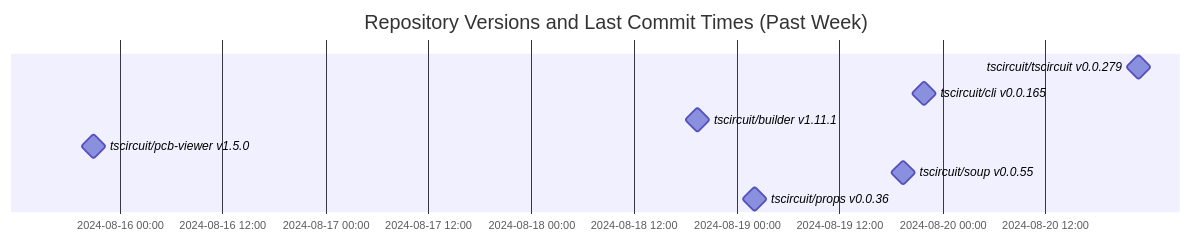
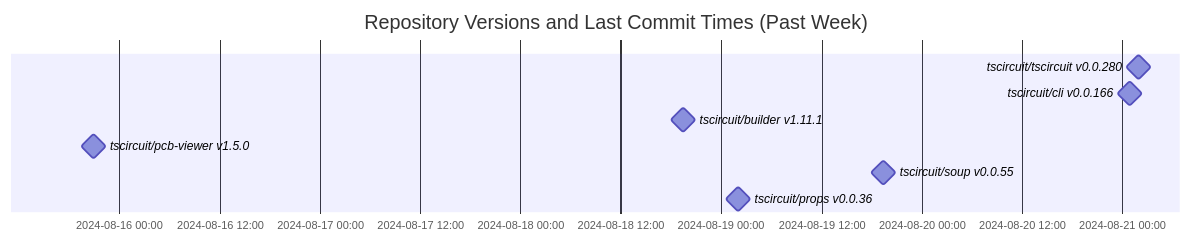
Before and after one commit to tscircuit/version-tracker: the diagram in README.md, drawn with Mermaid.

Commit message:
Update chart

````diff
--- a/README.md
+++ b/README.md
@@ -1,13 +1,13 @@
 ```mermaid
 gantt
   dateFormat  YYYY-MM-DD HH:mm:ss
   title Repository Versions and Last Commit Times (Past Week)
   axisFormat %Y-%m-%d %H:%M
 
-  tscircuit/tscircuit v0.0.279 : milestone, 2024-08-20 22:51:13, 1s
-  tscircuit/cli v0.0.165 : milestone, 2024-08-19 21:47:00, 1s
+  tscircuit/tscircuit v0.0.280 : milestone, 2024-08-21 01:57:02, 1s
+  tscircuit/cli v0.0.166 : milestone, 2024-08-21 00:55:12, 1s
   tscircuit/builder v1.11.1 : milestone, 2024-08-18 19:26:24, 1s
   tscircuit/pcb-viewer v1.5.0 : milestone, 2024-08-15 20:55:08, 1s
   tscircuit/soup v0.0.55 : milestone, 2024-08-19 19:22:24, 1s
   tscircuit/props v0.0.36 : milestone, 2024-08-19 02:05:19, 1s
 ```
````
